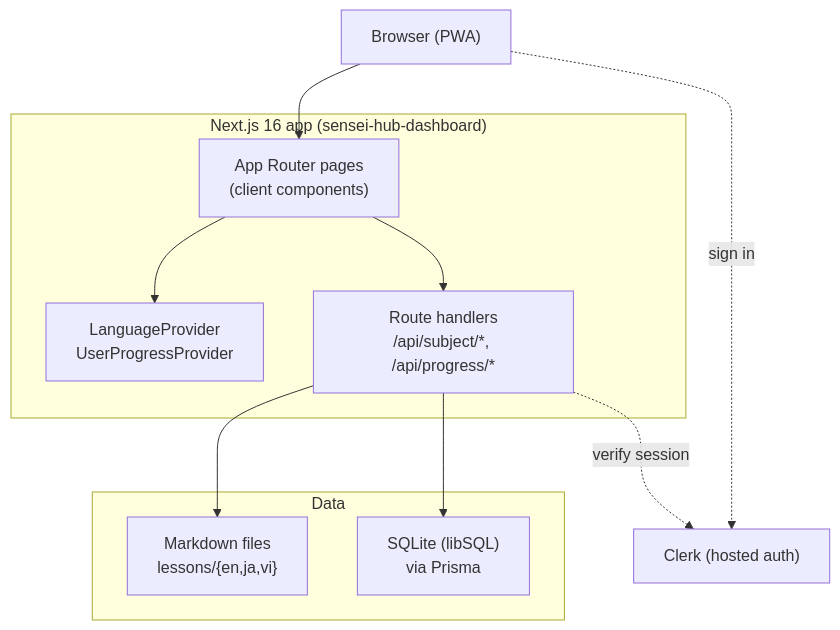
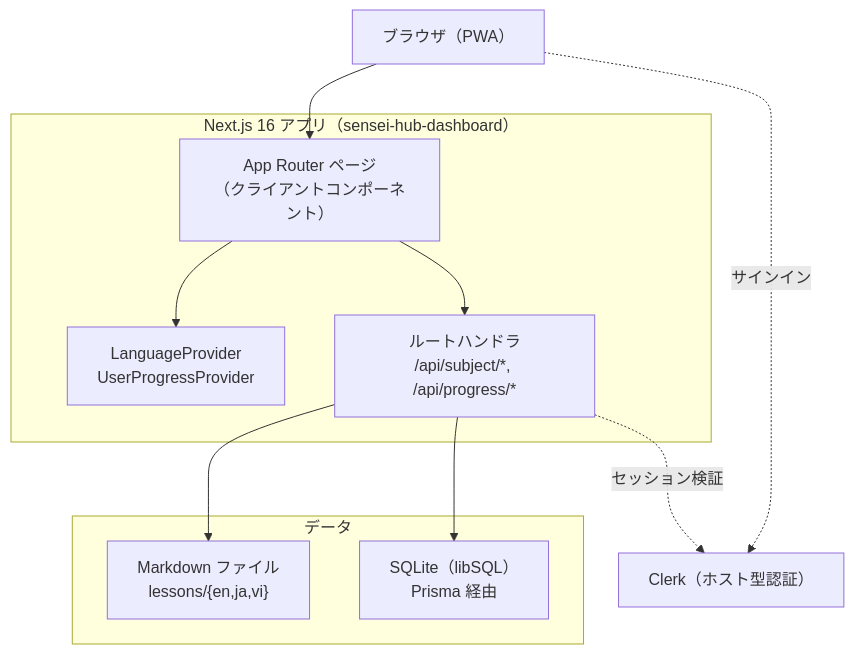
One commit to bakaryuu1997-sys/Sensei-Hub changed the diagram in docs/ARCHITECTURE.md. Above: the diagram before and after it, drawn with Mermaid. The commit also changed other lines of this file and 7 other files, not shown here.

````diff
--- a/docs/ARCHITECTURE.md
+++ b/docs/ARCHITECTURE.md
@@ -11,25 +11,25 @@
 ```mermaid
 graph TB
-    Browser["Browser (PWA)"]
+    Browser["ブラウザ（PWA）"]
 
-    subgraph App["Next.js 16 app (sensei-hub-dashboard)"]
-        Pages["App Router pages<br/>(client components)"]
-        API["Route handlers<br/>/api/subject/*, /api/progress/*"]
+    subgraph App["Next.js 16 アプリ（sensei-hub-dashboard）"]
+        Pages["App Router ページ<br/>（クライアントコンポーネント）"]
+        API["ルートハンドラ<br/>/api/subject/*, /api/progress/*"]
         Providers["LanguageProvider<br/>UserProgressProvider"]
     end
 
-    subgraph Data["Data"]
-        Lessons["Markdown files<br/>lessons/{en,ja,vi}"]
-        SQLite["SQLite (libSQL)<br/>via Prisma"]
+    subgraph Data["データ"]
+        Lessons["Markdown ファイル<br/>lessons/{en,ja,vi}"]
+        SQLite["SQLite（libSQL）<br/>Prisma 経由"]
     end
 
-    Clerk["Clerk (hosted auth)"]
+    Clerk["Clerk（ホスト型認証）"]
 
     Browser --> Pages
     Pages --> Providers
     Pages --> API
     API --> Lessons
     API --> SQLite
-    Browser -. sign in .-> Clerk
-    API -. verify session .-> Clerk
+    Browser -. サインイン .-> Clerk
+    API -. セッション検証 .-> Clerk
 ```
````
